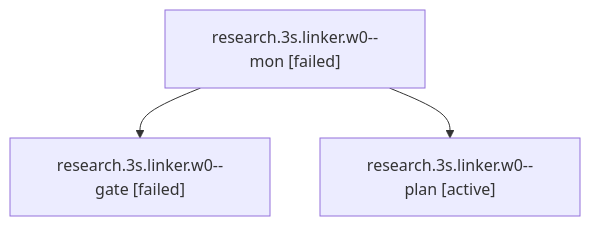
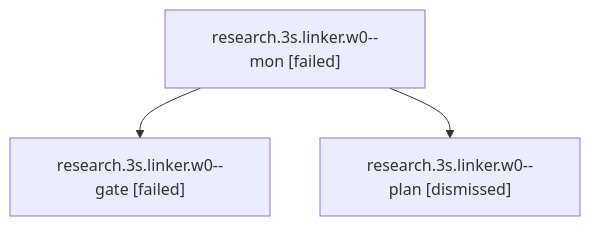
The diagram in sessions/bbugyi200.athena.research.3s.linker.w0.md (bobs-org/bob-cli--agents), drawn with Mermaid before and after one commit. The commit also changed other lines of this file and 591 other files, not shown here.

````diff
--- a/sessions/bbugyi200.athena.research.3s.linker.w0.md
+++ b/sessions/bbugyi200.athena.research.3s.linker.w0.md
@@ -9,8 +9,8 @@
 ```mermaid
 flowchart TD
   n0["research.3s.linker.w0--mon [failed]"]
   n1["research.3s.linker.w0--gate [failed]"]
   n0 --> n1
-  n2["research.3s.linker.w0--plan [active]"]
+  n2["research.3s.linker.w0--plan [dismissed]"]
   n0 --> n2
 ```
````
